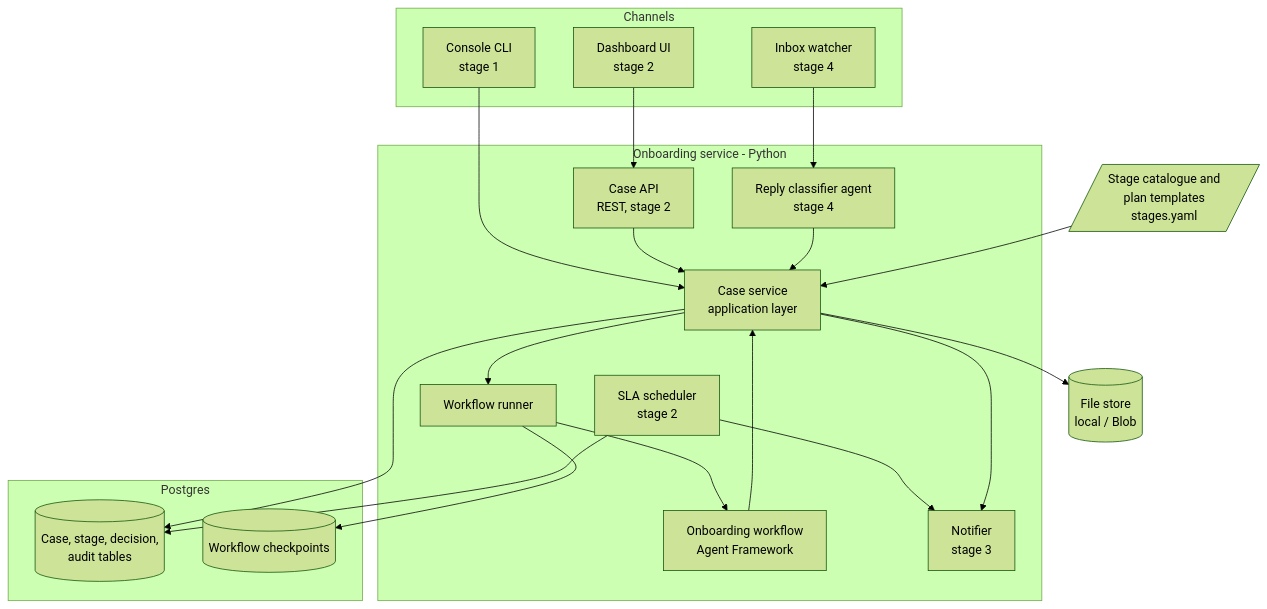
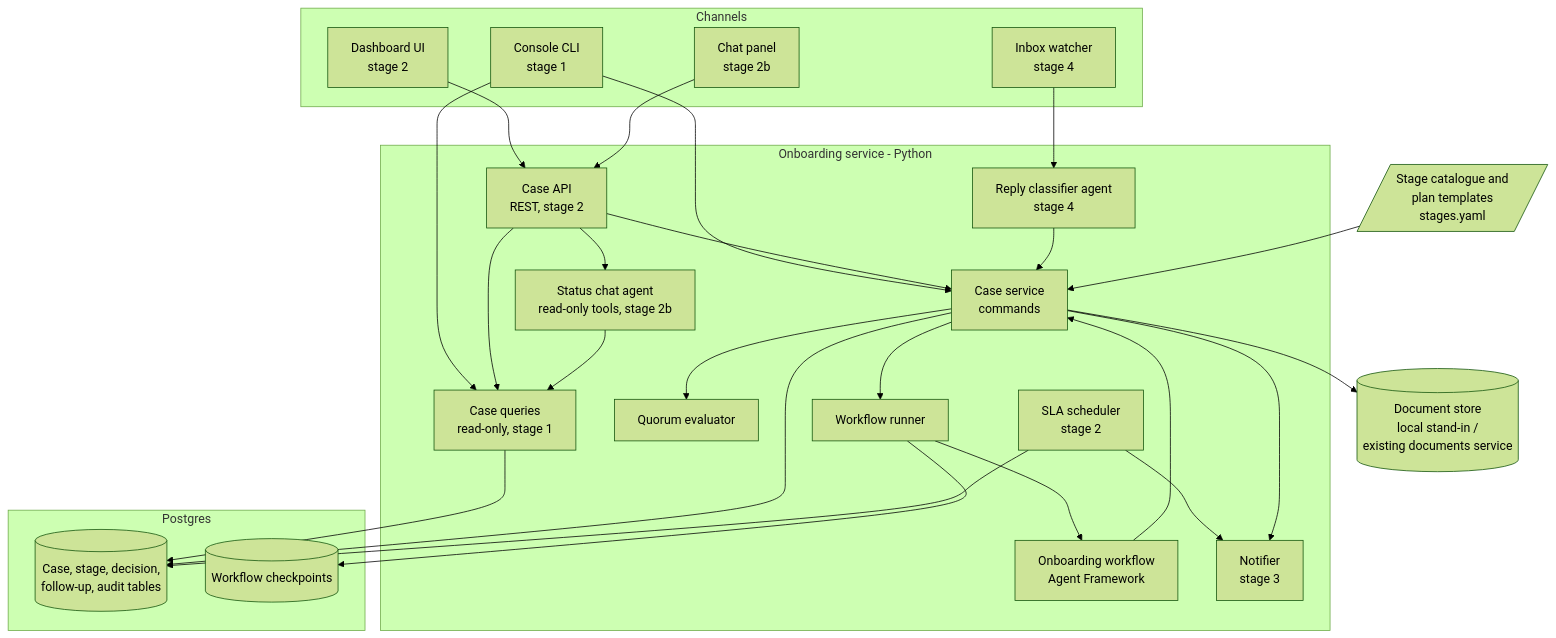
One commit to c42-arun/python-agentframework-demos changed the second of 10 diagrams in poc/ARCHITECTURE.md. Above: the diagram before and after it, drawn with Mermaid (forest theme). The commit also changed other lines of this file and 2 other files, not shown here.

````diff
--- a/poc/ARCHITECTURE.md
+++ b/poc/ARCHITECTURE.md
@@ -55,40 +72,50 @@
 ```mermaid
 flowchart TB
     subgraph Channels
         CLI[Console CLI<br/>stage 1]
         UI[Dashboard UI<br/>stage 2]
+        CHATUI[Chat panel<br/>stage 2b]
         EMAILIN[Inbox watcher<br/>stage 4]
     end
 
     subgraph App[Onboarding service - Python]
         API[Case API<br/>REST, stage 2]
-        SVC[Case service<br/>application layer]
+        SVC[Case service<br/>commands]
+        QRY[Case queries<br/>read-only, stage 1]
+        CHAT[Status chat agent<br/>read-only tools, stage 2b]
+        QRM[Quorum evaluator]
         RUN[Workflow runner]
         WF[Onboarding workflow<br/>Agent Framework]
         SLA[SLA scheduler<br/>stage 2]
         NOTIF[Notifier<br/>stage 3]
         CLASS[Reply classifier agent<br/>stage 4]
     end
 
     subgraph Data[Postgres]
-        CASES[(Case, stage, decision,<br/>audit tables)]
+        CASES[(Case, stage, decision,<br/>follow-up, audit tables)]
         CKPT[(Workflow checkpoints)]
     end
 
-    FILES[(File store<br/>local / Blob)]
+    FILES[(Document store<br/>local stand-in /<br/>existing documents service)]
     CFG[/Stage catalogue and<br/>plan templates<br/>stages.yaml/]
 
     CLI --> SVC
+    CLI --> QRY
     UI --> API --> SVC
+    API --> QRY
+    CHATUI --> API
+    API --> CHAT --> QRY
+    QRY --> CASES
     EMAILIN --> CLASS --> SVC
+    SVC --> QRM
     SVC --> CASES
     SVC --> FILES
     SVC --> RUN
     RUN --> WF
     RUN --> CKPT
     WF --> SVC
     CFG --> SVC
     SLA --> CASES
     SLA --> NOTIF
     SVC --> NOTIF
 ```
````
